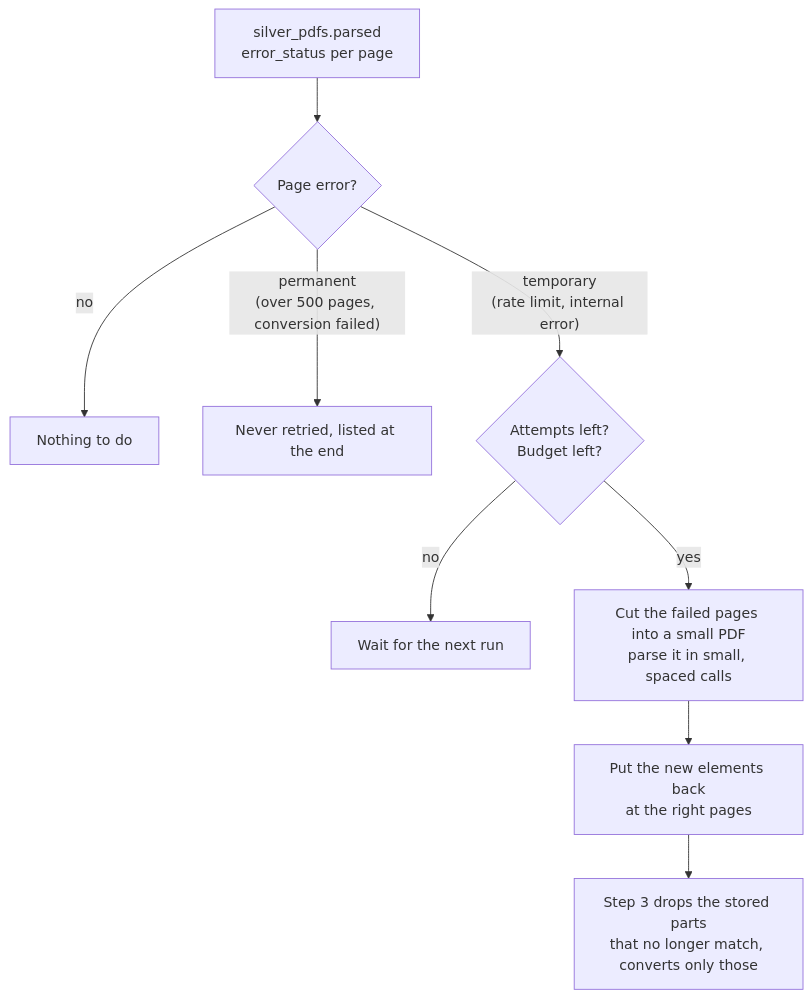
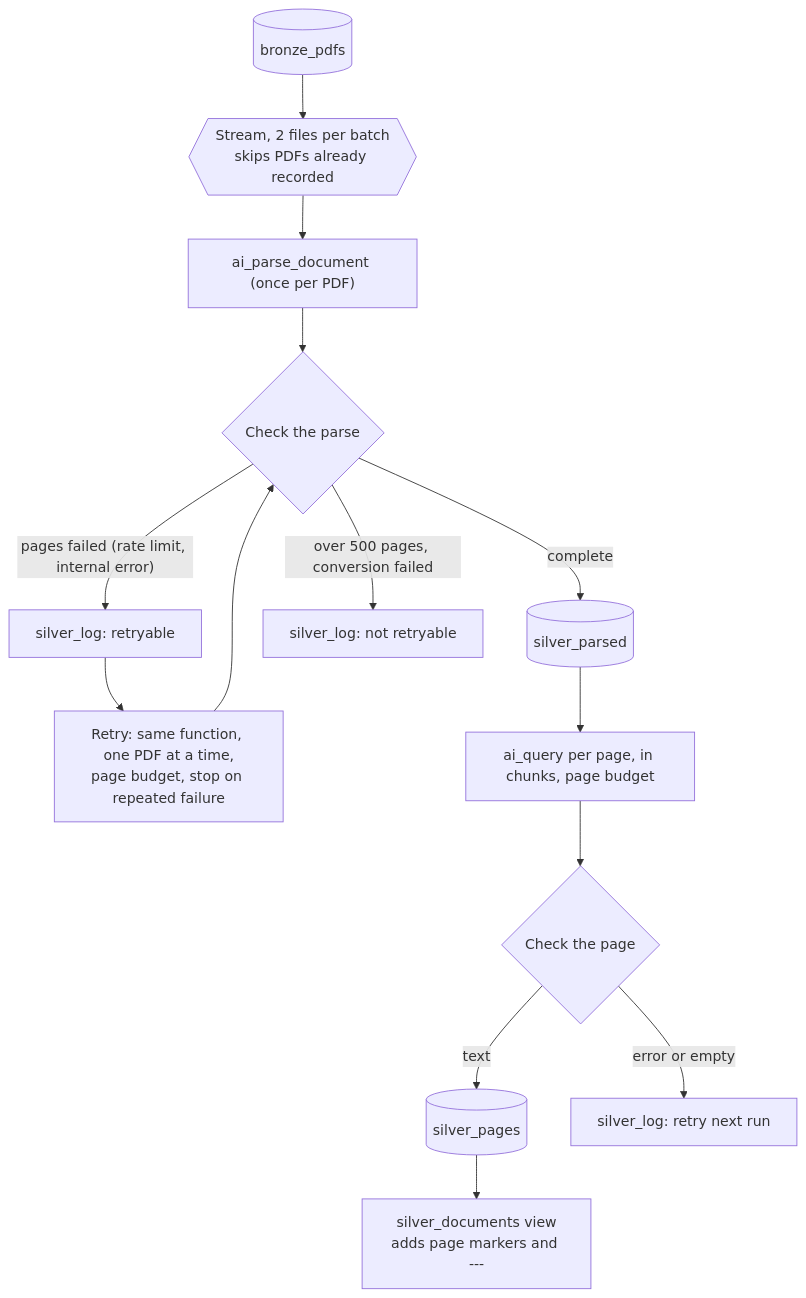
Before and after one commit to SuddhaswattaMaityUK/dbx-finance-bench-rag: the second of 2 diagrams in README.md, drawn with Mermaid. The commit also changed other lines of this file and 6 other files, not shown here.

First line of the commit message:
Simplify silver: parse and check, log bad results, one ai_query call per page

````diff
--- a/README.md
+++ b/README.md
@@ -136,11 +73,16 @@
 ```mermaid
 flowchart TD
-    A["silver_pdfs.parsed<br/>error_status per page"] --> B{"Page error?"}
-    B -- "no" --> OK[Nothing to do]
-    B -- "permanent<br/>(over 500 pages, conversion failed)" --> P[Never retried, listed at the end]
-    B -- "temporary<br/>(rate limit, internal error)" --> C{"Attempts left?<br/>Budget left?"}
-    C -- "no" --> W[Wait for the next run]
-    C -- "yes" --> D["Cut the failed pages into a small PDF<br/>parse it in small, spaced calls"]
-    D --> E["Put the new elements back<br/>at the right pages"]
-    E --> F["Step 3 drops the stored parts<br/>that no longer match, converts only those"]
+    B[(bronze_pdfs)] --> S{{"Stream, 2 files per batch<br/>skips PDFs already recorded"}}
+    S --> A["ai_parse_document (once per PDF)"]
+    A --> C{"Check the parse"}
+    C -- "complete" --> P[(silver_parsed)]
+    C -- "pages failed (rate limit, internal error)" --> L1["silver_log: retryable"]
+    C -- "over 500 pages, conversion failed" --> L2["silver_log: not retryable"]
+    L1 --> R["Retry: same function, one PDF at a time,<br/>page budget, stop on repeated failure"]
+    R --> C
+    P --> Q["ai_query per page, in chunks, page budget"]
+    Q --> K{"Check the page"}
+    K -- "text" --> PG[(silver_pages)]
+    K -- "error or empty" --> L3["silver_log: retry next run"]
+    PG --> V["silver_documents view<br/>adds page markers and ---"]
 ```
````
